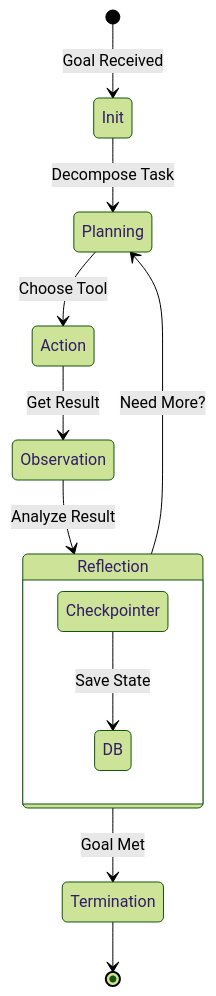
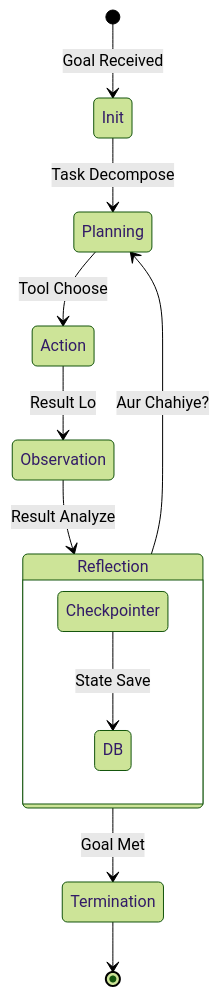
Before and after one commit to Sameer-Malik20/SusaGPT-Build-LLM-From-Scratch-With-Hinglish-Learning-Material: the diagram in docs/agentic_ai_learning/01_Agent_Fundamentals/Agent_Lifecycle_and_State.md, drawn with Mermaid (forest theme). The commit also changed other lines of this file and 25 other files, not shown here.

````diff
--- a/docs/agentic_ai_learning/01_Agent_Fundamentals/Agent_Lifecycle_and_State.md
+++ b/docs/agentic_ai_learning/01_Agent_Fundamentals/Agent_Lifecycle_and_State.md
@@ -26,15 +26,15 @@
 ```mermaid
 stateDiagram-v2
     [*] --> Init: Goal Received
-    Init --> Planning: Decompose Task
-    Planning --> Action: Choose Tool
-    Action --> Observation: Get Result
-    Observation --> Reflection: Analyze Result
-    Reflection --> Planning: Need More?
+    Init --> Planning: Task Decompose
+    Planning --> Action: Tool Choose
+    Action --> Observation: Result Lo
+    Observation --> Reflection: Result Analyze
+    Reflection --> Planning: Aur Chahiye?
     Reflection --> Termination: Goal Met
     Termination --> [*]
     
     state Reflection {
-        Checkpointer --> DB: Save State
+        Checkpointer --> DB: State Save
     }
 ```
````
